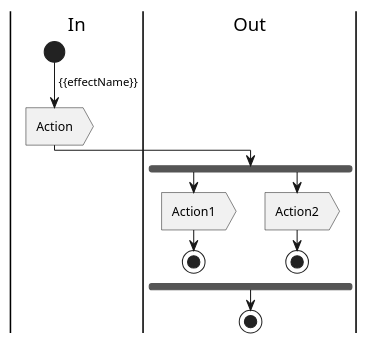
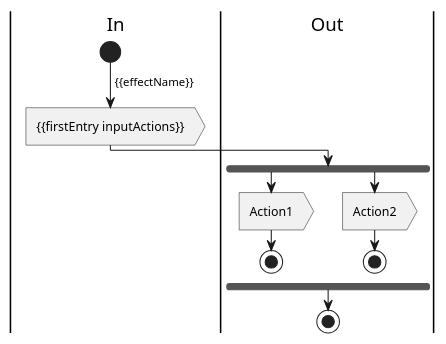
Before and after one commit to zalari/ngrx-utils: the diagram in src/bin/templates/splitter-decider.puml, drawn with PlantUML. The commit also changed 6 other files, not shown here.

Commit message:
add firstEntry hbs helper and adjust templates to use it for the time being

```diff
--- a/src/bin/templates/splitter-decider.puml
+++ b/src/bin/templates/splitter-decider.puml
@@ -1,15 +1,15 @@
 @startuml
 |In|
 start
 -> {{effectName}};
-:Action>
+:{{firstEntry inputActions}}>
 |Out|
 fork
 :Action1>
 stop
 fork again
 :Action2>
 stop
 end fork
 stop
 @enduml
```
